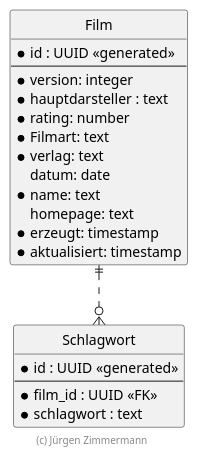
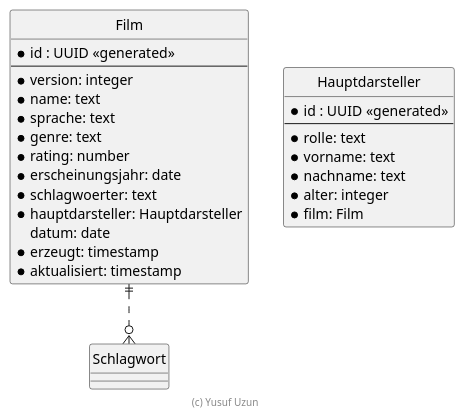
The diagram in .extras/doc/entwicklerhandbuch/ER-Diagramm.plantuml (Yuszi/Film), drawn with PlantUML before and after one commit.

Commit message:
er diagramm fix

```diff
--- a/.extras/doc/entwicklerhandbuch/ER-Diagramm.plantuml
+++ b/.extras/doc/entwicklerhandbuch/ER-Diagramm.plantuml
@@ -18,35 +18,38 @@
 @startuml ER Diagramm
 
 ' hide the spot
 hide circle
 
 ' evtl. Prbleme mit Kraehenfuessen vermeiden
 skinparam linetype ortho
 
 entity "Film" {
   *id : UUID <<generated>>
   --
   *version: integer
-  *hauptdarsteller : text
+  *name: text
+  *sprache: text
+  *genre: text
   *rating: number
-  *Filmart: text
-  *verlag: text
+  *erscheinungsjahr: date
+  *schlagwoerter: text
+  *hauptdarsteller: Hauptdarsteller
   datum: date
-  *name: text
-  homepage: text
   *erzeugt: timestamp
   *aktualisiert: timestamp
 }
 
-entity "Schlagwort" {
+entity "Hauptdarsteller" {
   *id : UUID <<generated>>
   --
-  *film_id : UUID <<FK>>
-  *schlagwort : text
+  *rolle: text
+  *vorname: text
+  *nachname: text
+  *alter: integer
+  *film: Film
 }
 
 Film ||..o{ Schlagwort
 
-footer (c) Jürgen Zimmermann
-
+footer (c) Yusuf Uzun
 @enduml
```
